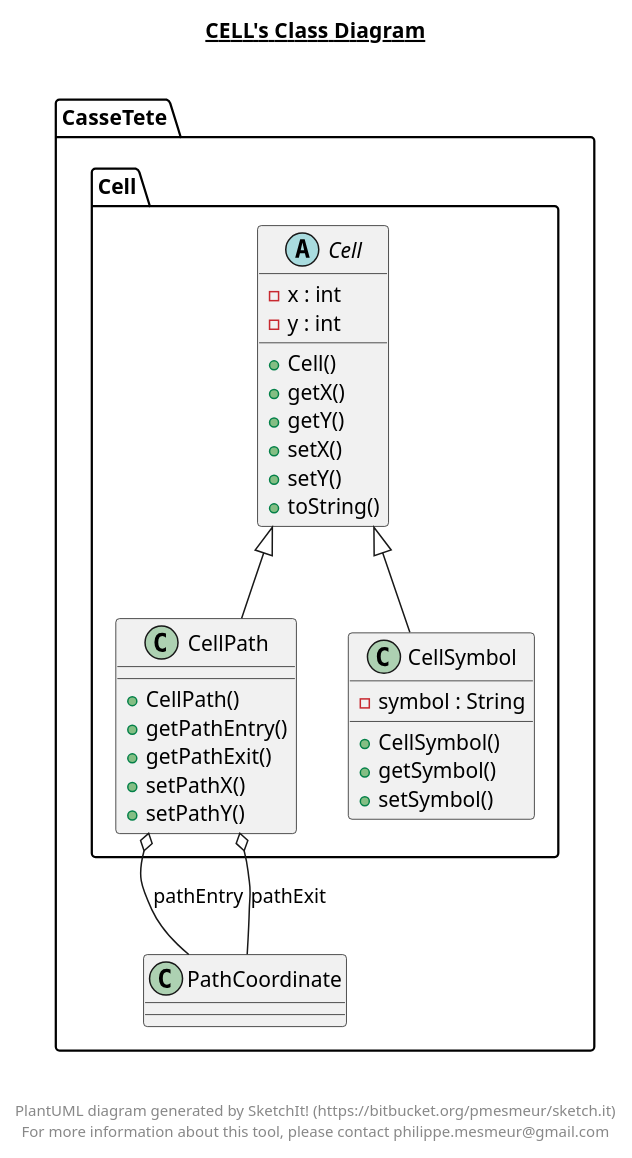
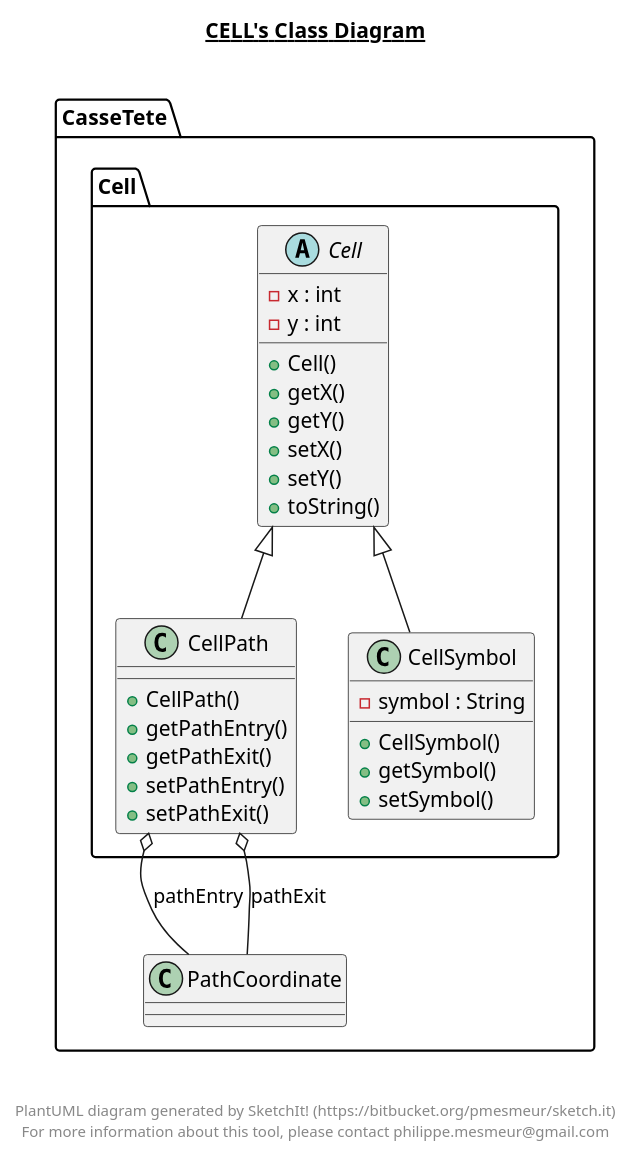
The diagram in src/CasseTete/Cell/Cell.plantuml (Mex21/CasseTete), drawn with PlantUML before and after one commit. The commit also changed 6 other files, not shown here.

```diff
--- a/src/CasseTete/Cell/Cell.plantuml
+++ b/src/CasseTete/Cell/Cell.plantuml
@@ -1,59 +1,59 @@
 @startuml
 
 title __CELL's Class Diagram__\n
 
   namespace CasseTete {
     namespace Cell {
       abstract class CasseTete.Cell.Cell {
           - x : int
           - y : int
           + Cell()
           + getX()
           + getY()
           + setX()
           + setY()
           + toString()
       }
     }
   }
   
 
   namespace CasseTete {
     namespace Cell {
       class CasseTete.Cell.CellPath {
           + CellPath()
           + getPathEntry()
           + getPathExit()
-          + setPathX()
-          + setPathY()
+          + setPathEntry()
+          + setPathExit()
       }
     }
   }
   
 
   namespace CasseTete {
     namespace Cell {
       class CasseTete.Cell.CellSymbol {
           - symbol : String
           + CellSymbol()
           + getSymbol()
           + setSymbol()
       }
     }
   }
   
 
   CasseTete.Cell.CellPath -up-|> CasseTete.Cell.Cell
   CasseTete.Cell.CellPath o-- CasseTete.PathCoordinate : pathEntry
   CasseTete.Cell.CellPath o-- CasseTete.PathCoordinate : pathExit
   CasseTete.Cell.CellSymbol -up-|> CasseTete.Cell.Cell
 
 
 right footer
 
 
 PlantUML diagram generated by SketchIt! (https://bitbucket.org/pmesmeur/sketch.it)
 For more information about this tool, please contact philippe.mesmeur@gmail.com
 endfooter
 
 @enduml
```
